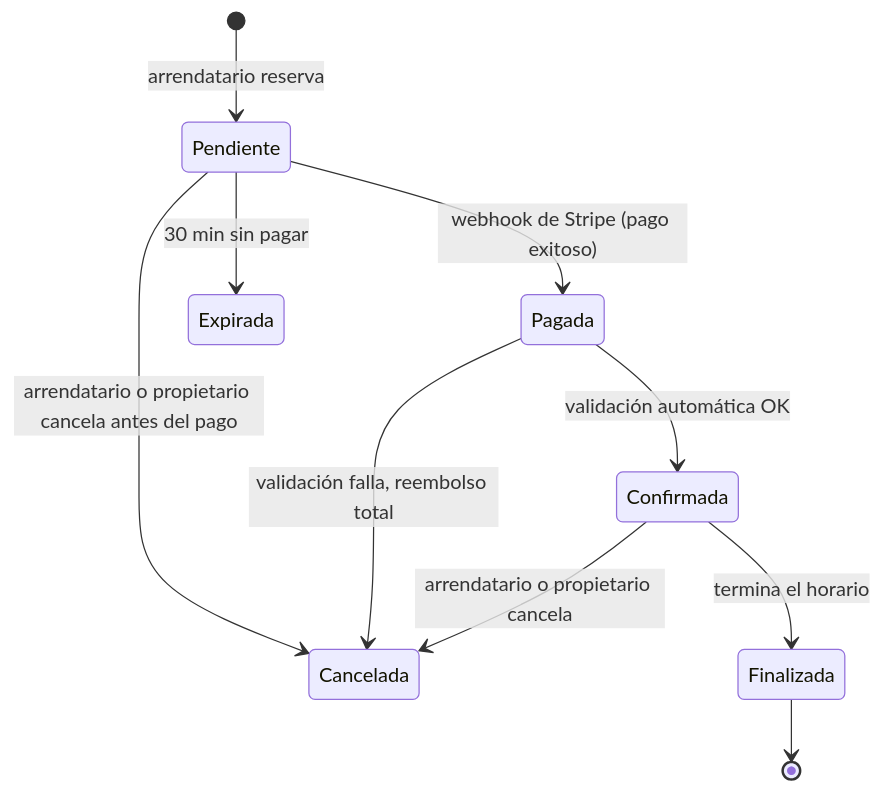
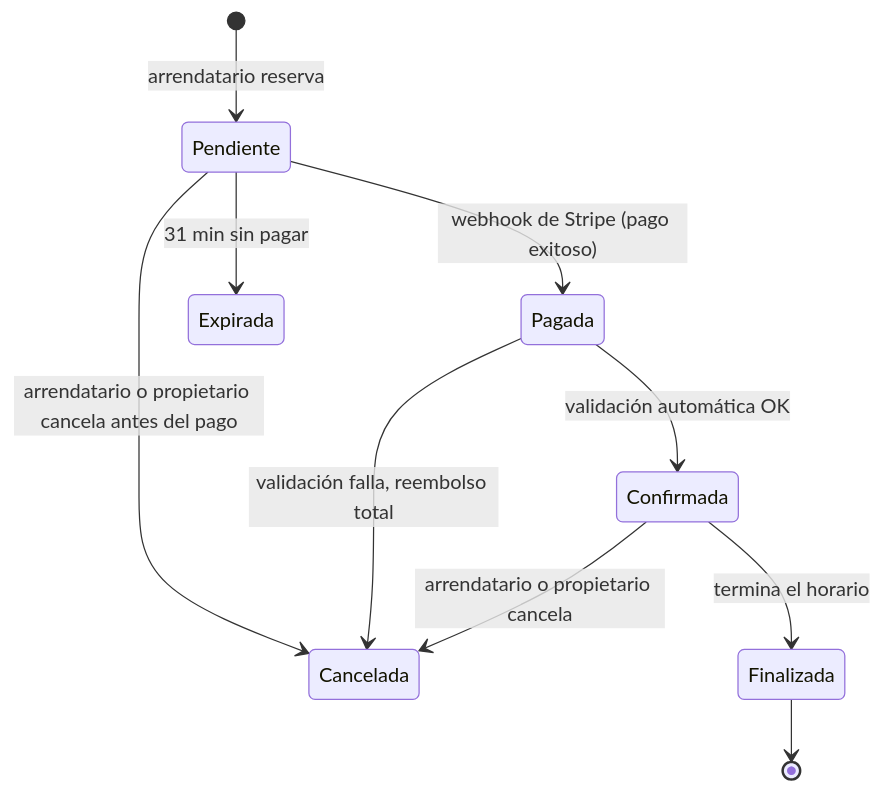
One commit to AlejandroMG/inf331-equipo-3 changed the second of 3 diagrams in docs/arquitectura.md. Above: the diagram before and after it, drawn with Mermaid. The commit also changed other lines of this file and 42 other files, not shown here.

````diff
--- a/docs/arquitectura.md
+++ b/docs/arquitectura.md
@@ -350,12 +353,12 @@
 ```mermaid
 stateDiagram-v2
     [*] --> Pendiente : arrendatario reserva
     Pendiente --> Pagada : webhook de Stripe (pago exitoso)
-    Pendiente --> Expirada : 30 min sin pagar
+    Pendiente --> Expirada : 31 min sin pagar
     Pendiente --> Cancelada : arrendatario o propietario cancela antes del pago
     Pagada --> Confirmada : validación automática OK
     Pagada --> Cancelada : validación falla, reembolso total
     Confirmada --> Cancelada : arrendatario o propietario cancela
     Confirmada --> Finalizada : termina el horario
     Finalizada --> [*]
 ```
````
